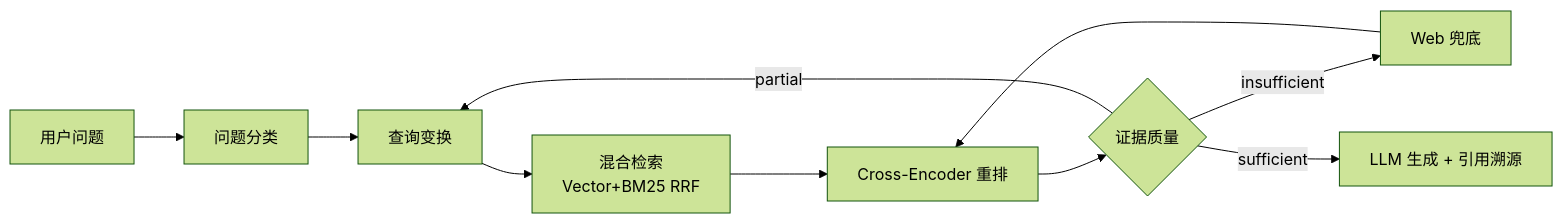
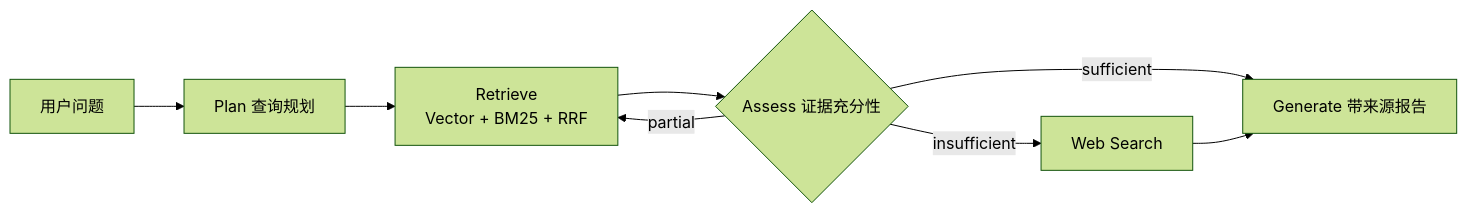
The second of 2 diagrams in README.md (Melodymll01/riskpilot-cross-border-data-agent), drawn with Mermaid (forest theme) before and after one commit. The commit also changed other lines of this file and 124 other files, not shown here.

````diff
--- a/README.md
+++ b/README.md
@@ -99,9 +99,10 @@
 ```mermaid
 flowchart LR
-    Q[用户问题] --> QC[问题分类] --> QT[查询变换]
-    QT --> R[混合检索<br/>Vector+BM25 RRF] --> RR[Cross-Encoder 重排]
-    RR --> EC{证据质量}
-    EC -- partial --> QT
-    EC -- insufficient --> WS[Web 兜底] --> RR
-    EC -- sufficient --> GEN[LLM 生成 + 引用溯源]
+    Q[用户问题] --> P[Plan 查询规划]
+    P --> R[Retrieve<br/>Vector + BM25 + RRF]
+    R --> EC{Assess 证据充分性}
+    EC -- partial --> R
+    EC -- insufficient --> WS[Web Search]
+    EC -- sufficient --> GEN[Generate 带来源报告]
+    WS --> GEN
 ```
````
